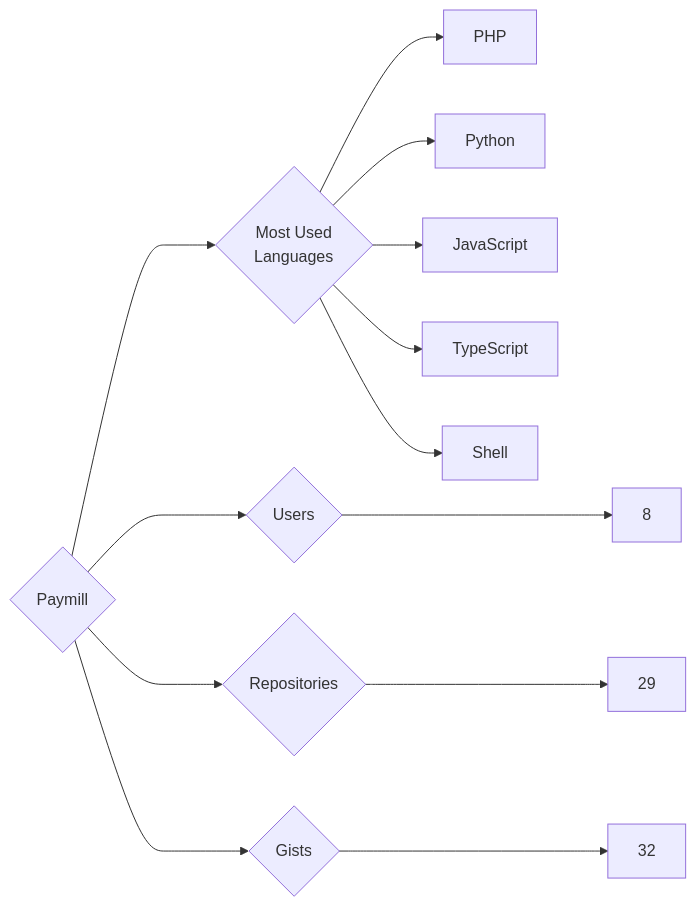
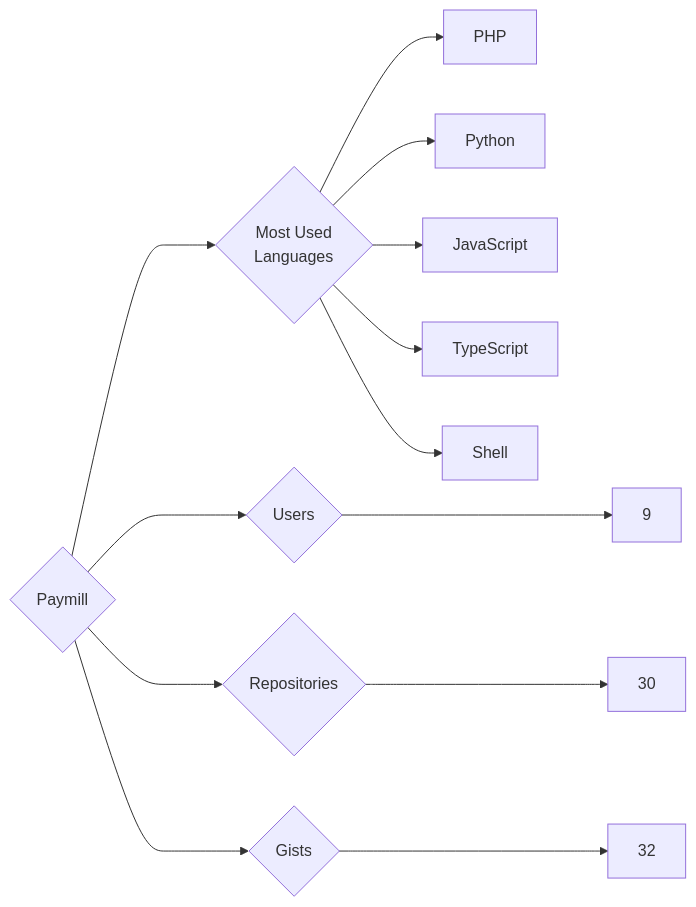
Before and after one commit to trickest/insiders: the diagram in targets/Paymill/README.md, drawn with Mermaid. The commit also changed 1248 other files, not shown here.

````diff
--- a/targets/Paymill/README.md
+++ b/targets/Paymill/README.md
@@ -3,13 +3,13 @@
 ```mermaid
 graph LR
 COMPANY_NAME{Paymill}
-COMPANY_NAME ---> U{Users} ---> UN[8]
-COMPANY_NAME ---> R{Repositories} ---> RN[29]
+COMPANY_NAME ---> U{Users} ---> UN[9]
+COMPANY_NAME ---> R{Repositories} ---> RN[30]
 COMPANY_NAME ---> G{Gists} ---> GN[32]
 COMPANY_NAME ---> ML{Most Used<br>Languages}
 ML --> PHP[PHP]
 ML --> Python[Python]
 ML --> JavaScript[JavaScript]
 ML --> TypeScript[TypeScript]
 ML --> Shell[Shell]
 ```
````
